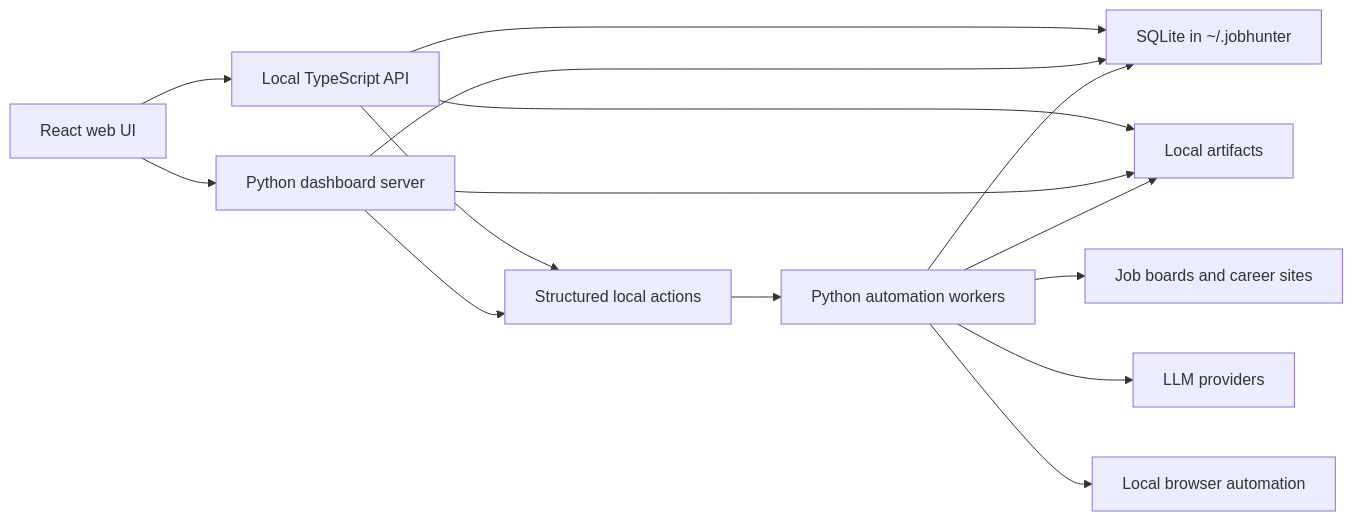
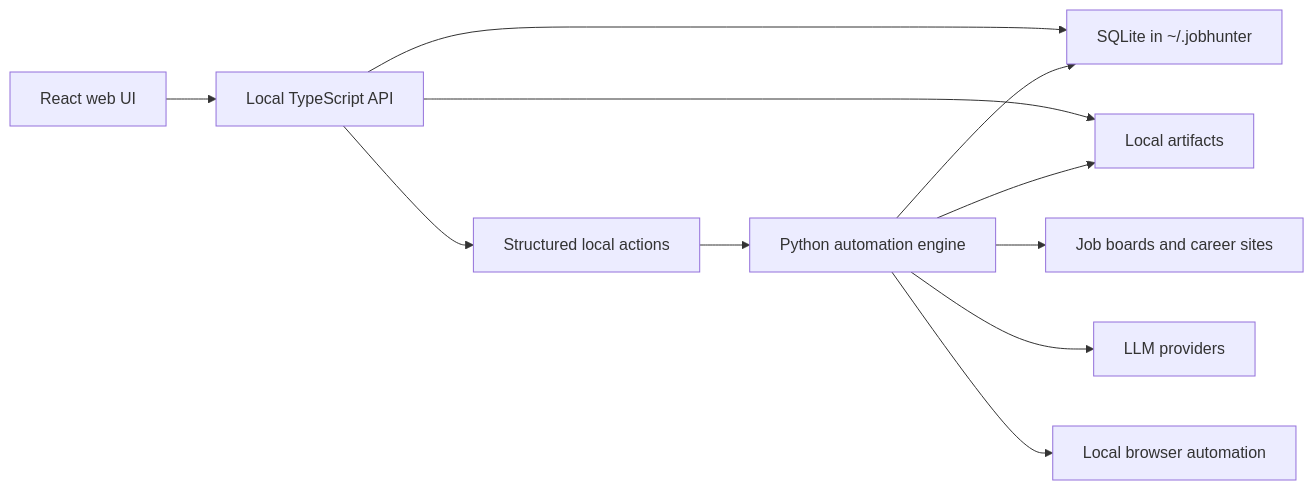
One commit to ebarti/JobCtrl changed the diagram in docs/ARCHITECTURE.md. Above: the diagram before and after it, drawn with Mermaid. The commit also changed other lines of this file and 16 other files, not shown here.

Commit message:
refactor: remove python dashboard compatibility layer

````diff
--- a/docs/ARCHITECTURE.md
+++ b/docs/ARCHITECTURE.md
@@ -13,17 +15,13 @@
 ```mermaid
 flowchart LR
   Web["React web UI"] --> Api["Local TypeScript API"]
-  Web --> PyDash["Python dashboard server"]
   Api --> Db["SQLite in ~/.jobhunter"]
-  PyDash --> Db
   Api --> Files["Local artifacts"]
-  PyDash --> Files
   Api --> Actions["Structured local actions"]
-  PyDash --> Actions
-  Actions --> Workers["Python automation workers"]
+  Actions --> Workers["Python automation engine"]
   Workers --> Db
   Workers --> Files
   Workers --> Boards["Job boards and career sites"]
   Workers --> LLM["LLM providers"]
   Workers --> Browser["Local browser automation"]
 ```
````
